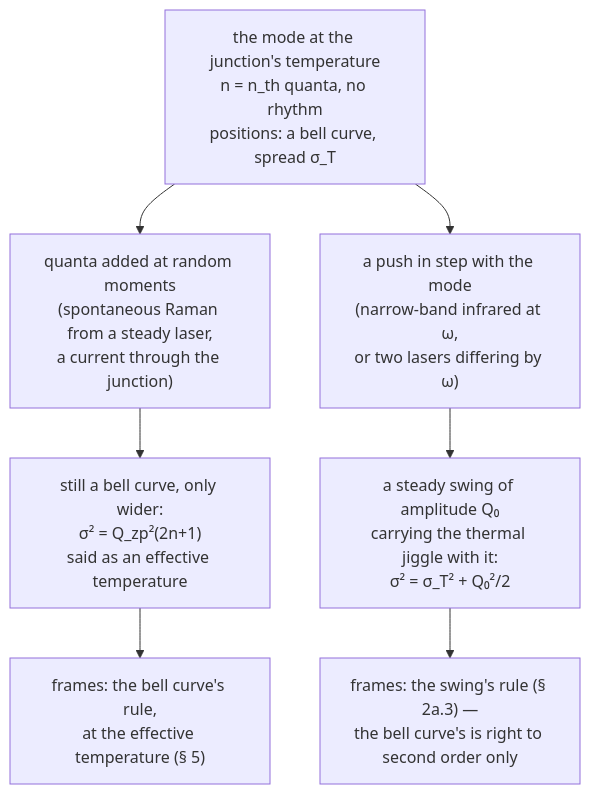
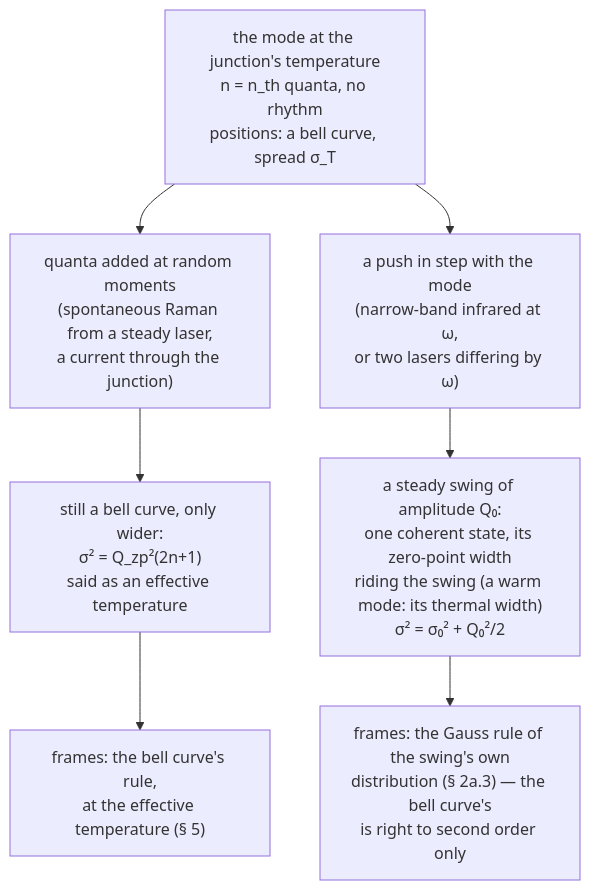
Before and after one commit to Qing-LAB/molbuilder: the second of 8 diagrams in docs/science/vibrational-averaging.md, drawn with Mermaid. The commit also changed other lines of this file and 25 other files, not shown here.

````diff
--- a/docs/science/vibrational-averaging.md
+++ b/docs/science/vibrational-averaging.md
@@ -153,10 +170,10 @@
 ```mermaid
 flowchart TD
     E["the mode at the junction's temperature<br/>n = n_th quanta, no rhythm<br/>positions: a bell curve, spread σ_T"]
     E --> R["quanta added at random moments<br/>(spontaneous Raman from a steady laser,<br/>a current through the junction)"]
     E --> C["a push in step with the mode<br/>(narrow-band infrared at ω,<br/>or two lasers differing by ω)"]
     R --> RB["still a bell curve, only wider:<br/>σ² = Q_zp²(2n+1)<br/>said as an effective temperature"]
-    C --> CS["a steady swing of amplitude Q₀<br/>carrying the thermal jiggle with it:<br/>σ² = σ_T² + Q₀²/2"]
+    C --> CS["a steady swing of amplitude Q₀:<br/>one coherent state, its zero-point width<br/>riding the swing (a warm mode: its thermal width)<br/>σ² = σ₀² + Q₀²/2"]
     RB --> F1["frames: the bell curve's rule,<br/>at the effective temperature (§ 5)"]
-    CS --> F2["frames: the swing's rule (§ 2a.3) —<br/>the bell curve's is right to second order only"]
+    CS --> F2["frames: the Gauss rule of the swing's own<br/>distribution (§ 2a.3) — the bell curve's<br/>is right to second order only"]
 ```
````
